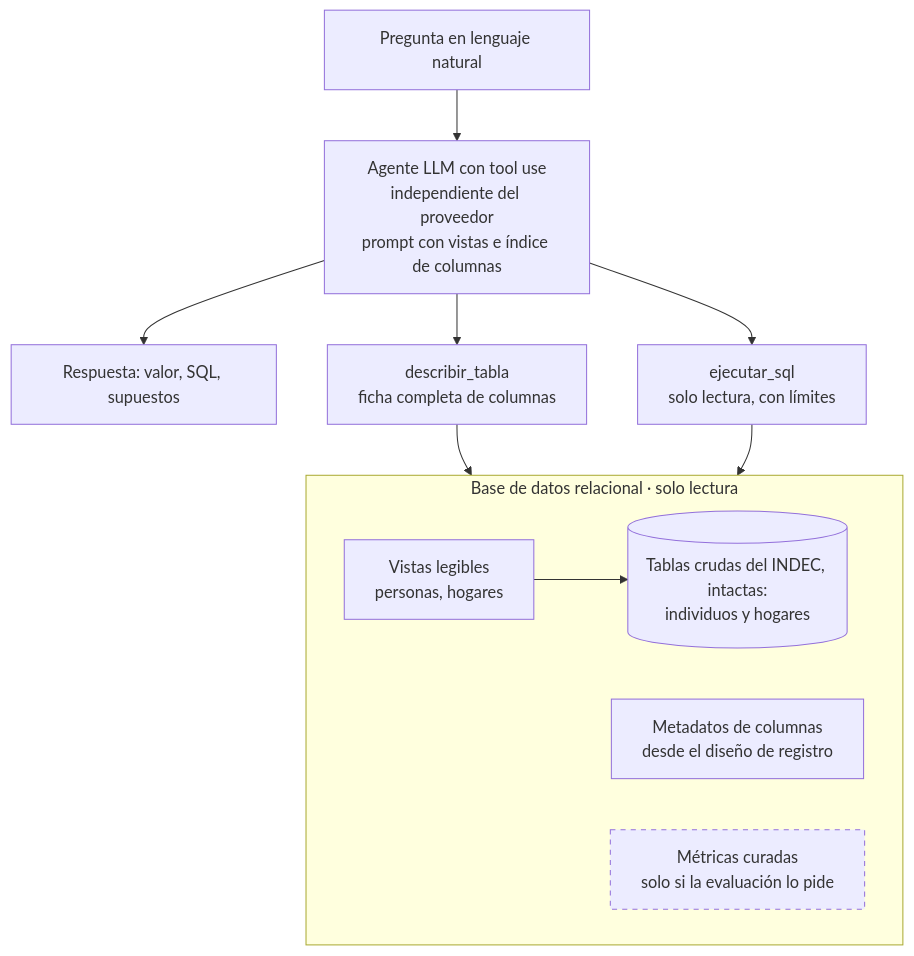
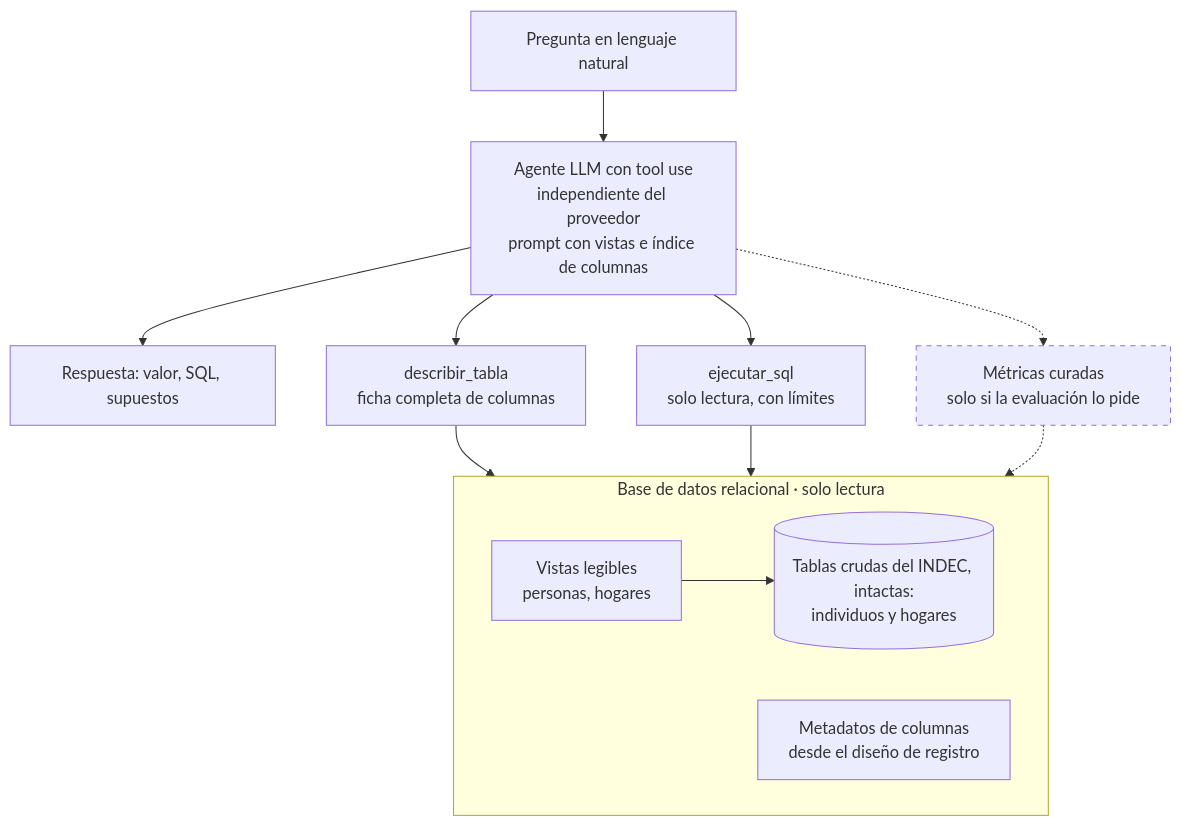
Before and after one commit to d-montenegro/eph-agente: the diagram in README.md, drawn with Mermaid. The commit also changed other lines of this file, not shown here.

First line of the commit message:
README: las métricas curadas son herramientas del agente

````diff
--- a/README.md
+++ b/README.md
@@ -62,17 +64,18 @@
 ```mermaid
 flowchart TB
     P[Pregunta en lenguaje natural] --> A["Agente LLM con tool use<br/>independiente del proveedor<br/>prompt con vistas e índice de columnas"]
     A --> R[Respuesta: valor, SQL, supuestos]
     A --> T2[describir_tabla<br/>ficha completa de columnas]
     A --> T3[ejecutar_sql<br/>solo lectura, con límites]
+    A -.-> MC[Métricas curadas<br/>solo si la evaluación lo pide]
     subgraph BD[Base de datos relacional · solo lectura]
         V[Vistas legibles<br/>personas, hogares]
         M[Metadatos de columnas<br/>desde el diseño de registro]
-        C[Métricas curadas<br/>solo si la evaluación lo pide]
         RAW[(Tablas crudas del INDEC, intactas:<br/>individuos y hogares)]
     end
     T2 --> BD
     T3 --> BD
+    MC -.-> BD
     V --> RAW
-    style C stroke-dasharray: 5 5
+    style MC stroke-dasharray: 5 5
 ```
````
